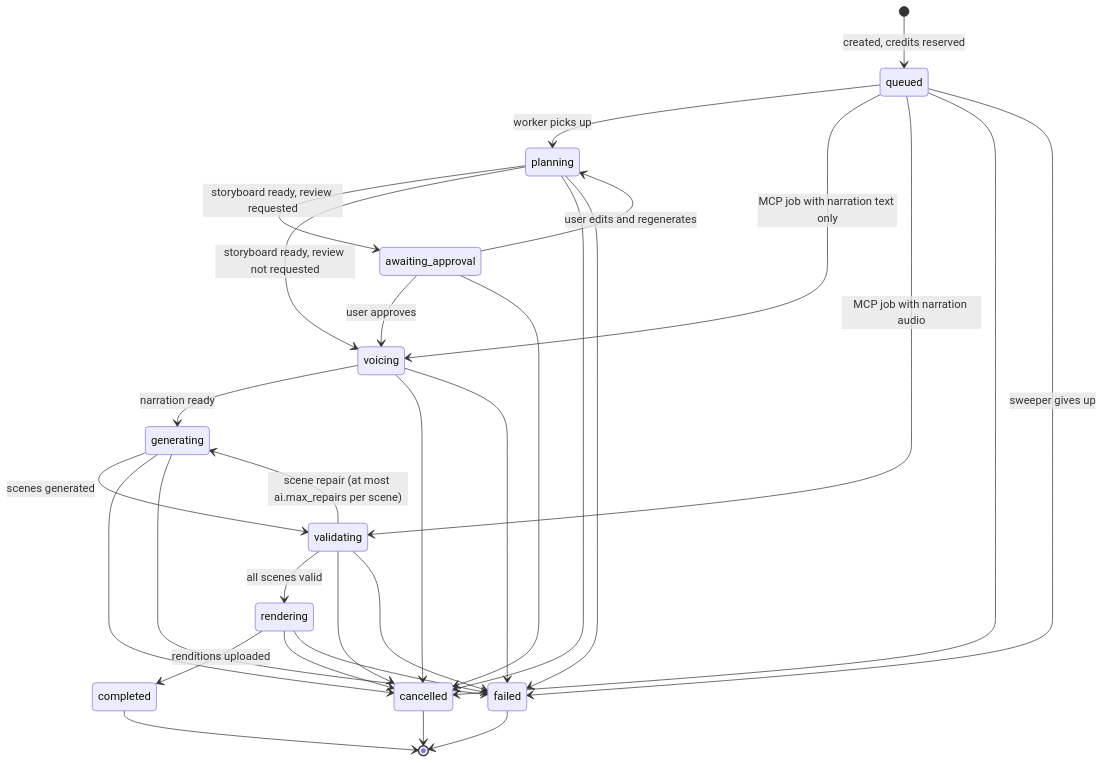
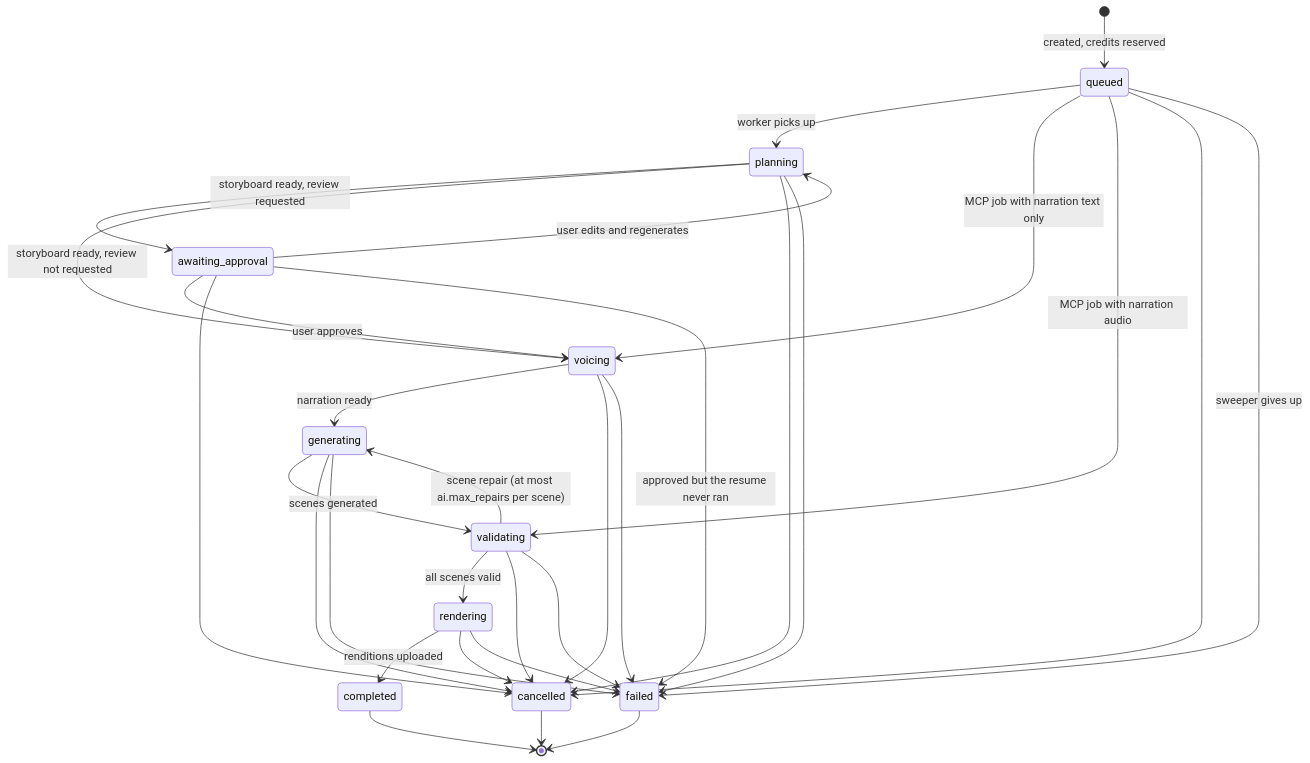
The second of 15 diagrams in docs/db/state-machines.md (The-GenAI-Labs/motionile), drawn with Mermaid before and after one commit. The commit also changed other lines of this file and 14 other files, not shown here.

````diff
--- a/docs/db/state-machines.md
+++ b/docs/db/state-machines.md
@@ -27,32 +27,33 @@
 ```mermaid
 stateDiagram-v2
     [*] --> queued: created, credits reserved
     queued --> planning: worker picks up
     queued --> voicing: MCP job with narration text only
     queued --> validating: MCP job with narration audio
     planning --> awaiting_approval: storyboard ready, review requested
     planning --> voicing: storyboard ready, review not requested
     awaiting_approval --> planning: user edits and regenerates
     awaiting_approval --> voicing: user approves
     voicing --> generating: narration ready
     generating --> validating: scenes generated
     validating --> generating: scene repair (at most ai.max_repairs per scene)
     validating --> rendering: all scenes valid
     rendering --> completed: renditions uploaded
     queued --> cancelled
     planning --> cancelled
     awaiting_approval --> cancelled
     voicing --> cancelled
     generating --> cancelled
     validating --> cancelled
     rendering --> cancelled
+    awaiting_approval --> failed: approved but the resume never ran
     planning --> failed
     voicing --> failed
     generating --> failed
     validating --> failed
     rendering --> failed
     queued --> failed: sweeper gives up
     completed --> [*]
     failed --> [*]
     cancelled --> [*]
 ```
````
